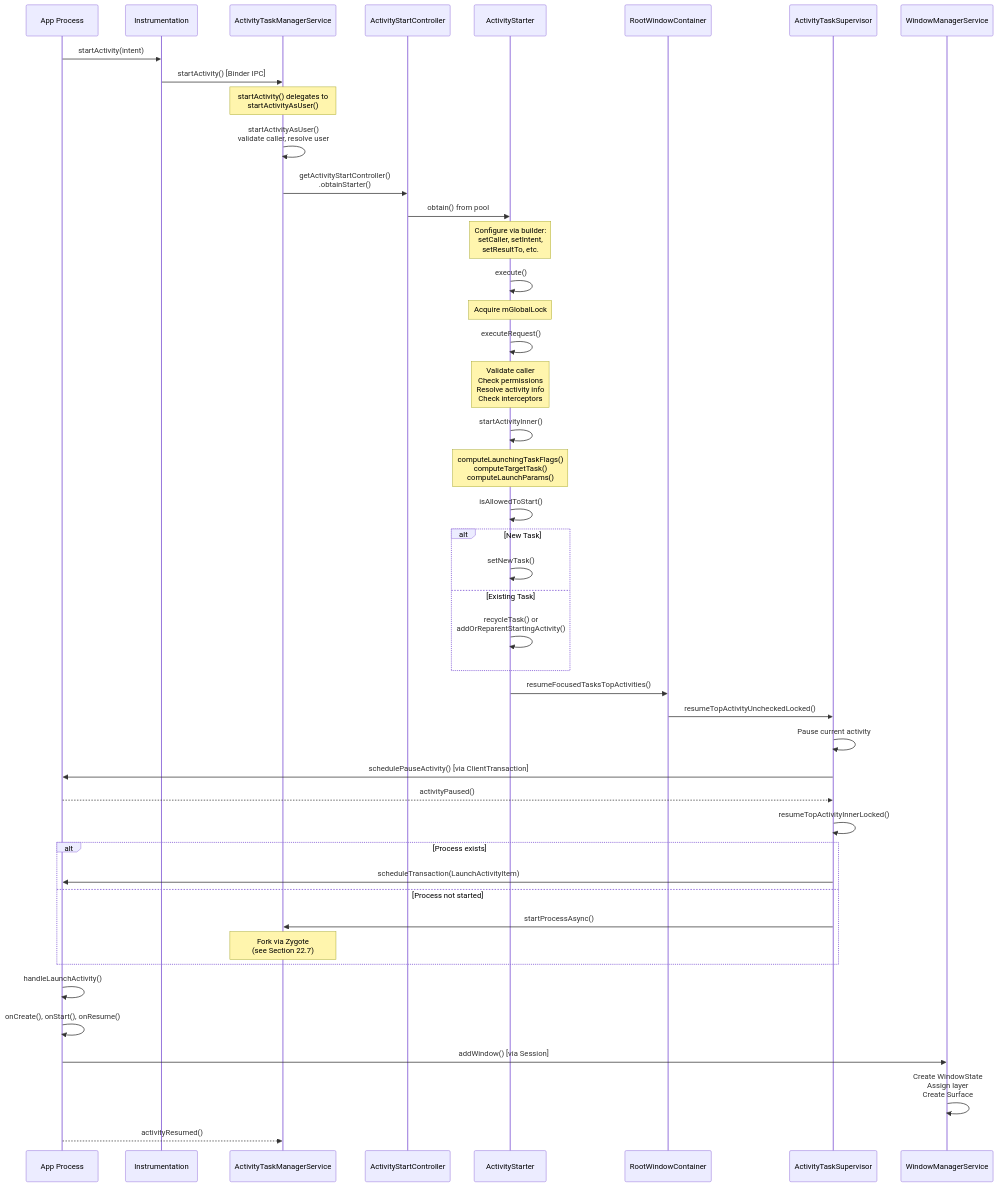
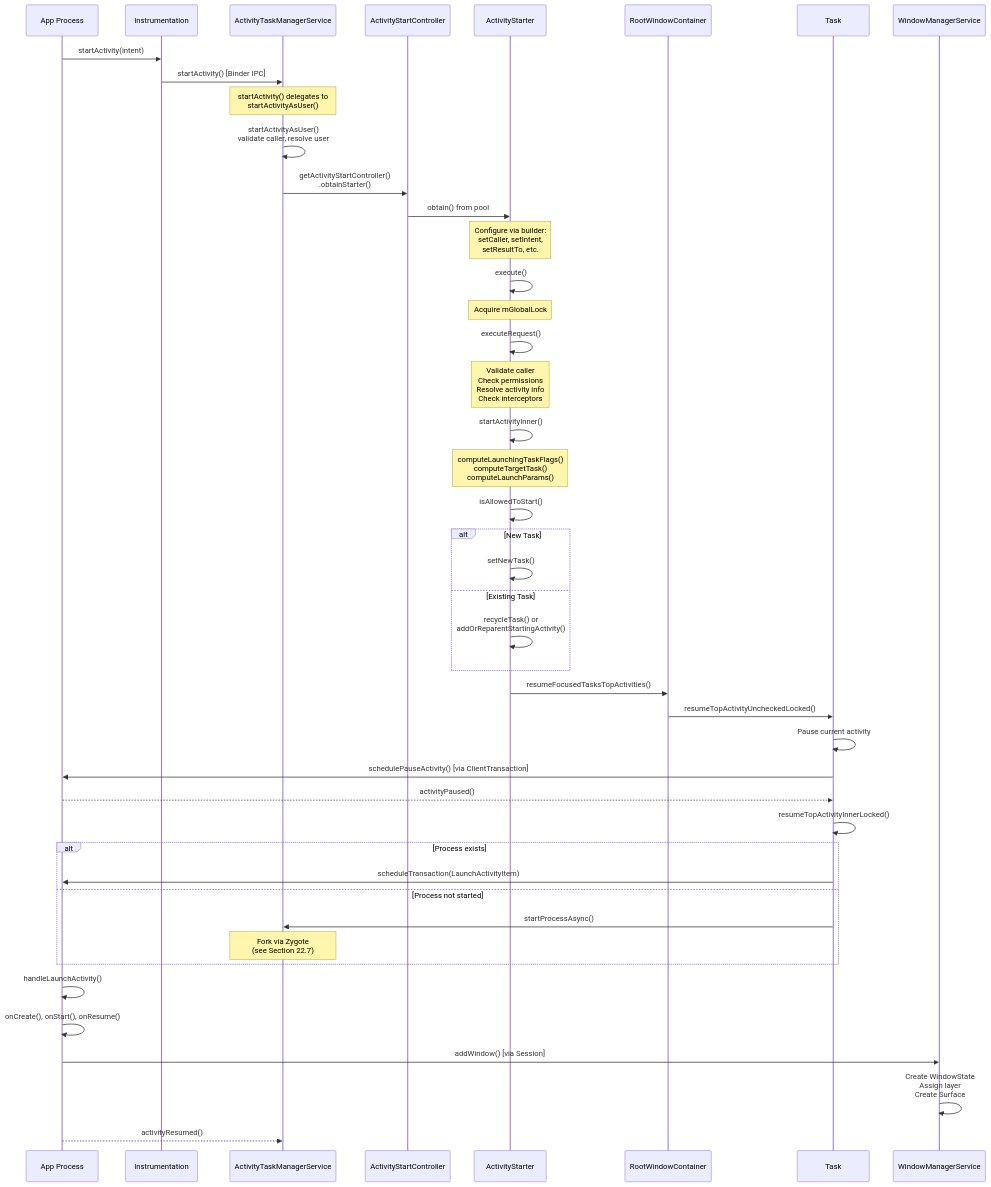
Before and after one commit to aospbooks/aosp-internal-book: the third of 41 diagrams in agents/claude/skills/aosp-framework-core/22-activity-and-window.md, drawn with Mermaid. The commit also changed other lines of this file and 218 other files, not shown here.

````diff
--- a/agents/claude/skills/aosp-framework-core/22-activity-and-window.md
+++ b/agents/claude/skills/aosp-framework-core/22-activity-and-window.md
@@ -377,48 +378,48 @@
 ```mermaid
 sequenceDiagram
     participant App as App Process
     participant Inst as Instrumentation
     participant ATMS as ActivityTaskManagerService
     participant ASC as ActivityStartController
     participant AS as ActivityStarter
     participant RWC as RootWindowContainer
-    participant ATS as ActivityTaskSupervisor
+    participant Task
     participant WMS as WindowManagerService
 
     App->>Inst: startActivity(intent)
     Inst->>ATMS: startActivity() [Binder IPC]
     Note over ATMS: startActivity() delegates to<br/>startActivityAsUser()
     ATMS->>ATMS: startActivityAsUser()<br/>validate caller, resolve user
     ATMS->>ASC: getActivityStartController()<br/>.obtainStarter()
     ASC->>AS: obtain() from pool
     Note over AS: Configure via builder:<br/>setCaller, setIntent,<br/>setResultTo, etc.
     AS->>AS: execute()
     Note over AS: Acquire mGlobalLock
     AS->>AS: executeRequest()
     Note over AS: Validate caller<br/>Check permissions<br/>Resolve activity info<br/>Check interceptors
     AS->>AS: startActivityInner()
     Note over AS: computeLaunchingTaskFlags()<br/>computeTargetTask()<br/>computeLaunchParams()
     AS->>AS: isAllowedToStart()
     alt New Task
         AS->>AS: setNewTask()
     else Existing Task
         AS->>AS: recycleTask() or<br/>addOrReparentStartingActivity()
     end
     AS->>RWC: resumeFocusedTasksTopActivities()
-    RWC->>ATS: resumeTopActivityUncheckedLocked()
-    ATS->>ATS: Pause current activity
-    ATS->>App: schedulePauseActivity() [via ClientTransaction]
-    App-->>ATS: activityPaused()
-    ATS->>ATS: resumeTopActivityInnerLocked()
+    RWC->>Task: resumeTopActivityUncheckedLocked()
+    Task->>Task: Pause current activity
+    Task->>App: schedulePauseActivity() [via ClientTransaction]
+    App-->>Task: activityPaused()
+    Task->>Task: resumeTopActivityInnerLocked()
     alt Process exists
-        ATS->>App: scheduleTransaction(LaunchActivityItem)
+        Task->>App: scheduleTransaction(LaunchActivityItem)
     else Process not started
-        ATS->>ATMS: startProcessAsync()
+        Task->>ATMS: startProcessAsync()
         Note over ATMS: Fork via Zygote<br/>(see Section 22.7)
     end
     App->>App: handleLaunchActivity()
     App->>App: onCreate(), onStart(), onResume()
     App->>WMS: addWindow() [via Session]
     WMS->>WMS: Create WindowState<br/>Assign layer<br/>Create Surface
     App-->>ATMS: activityResumed()
 ```
````
